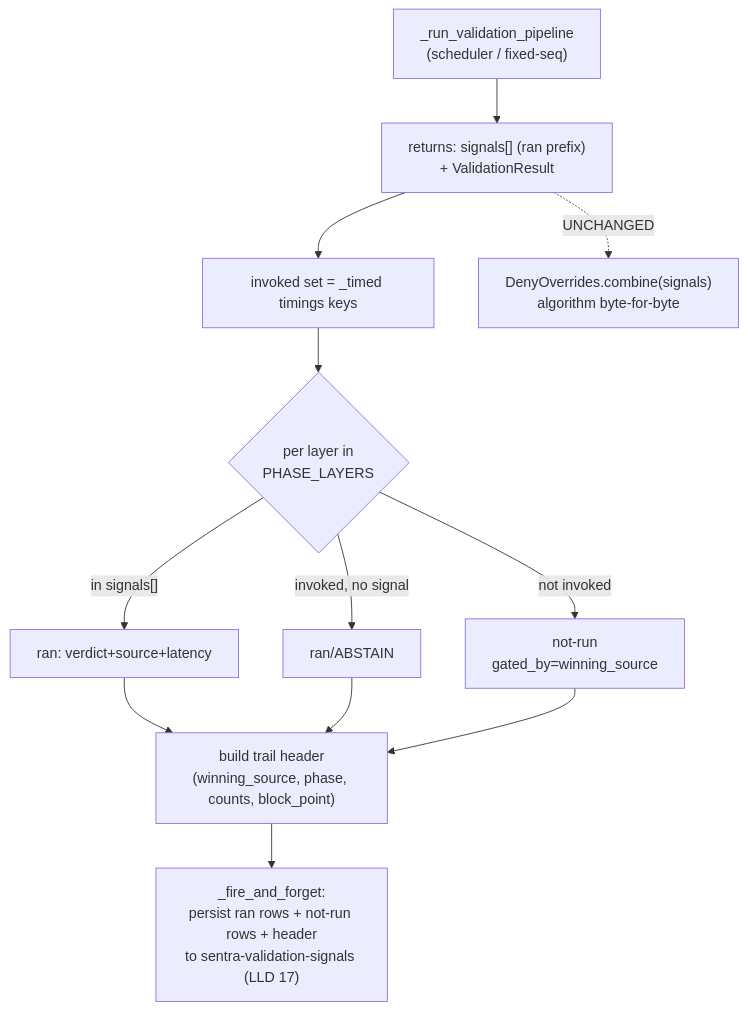
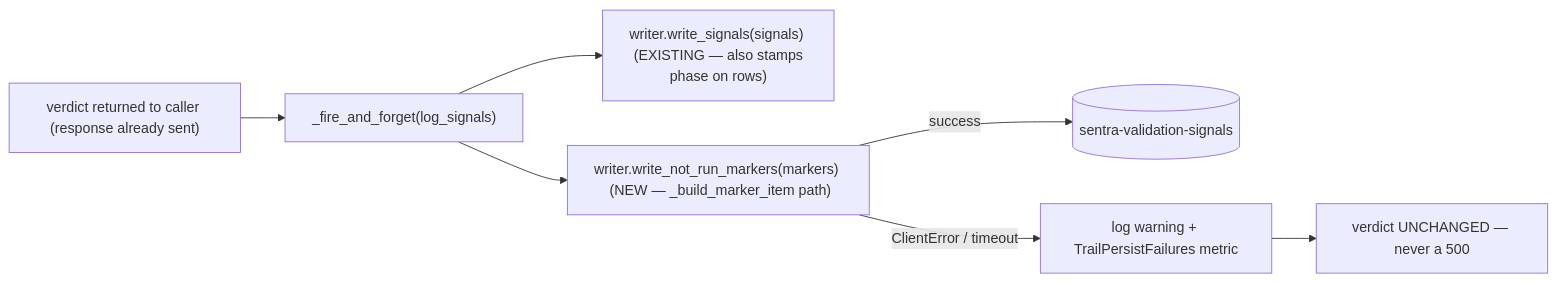
Before and after one commit to shashank31mar/Sentra: the diagram in tasks/serverless-edition/ws-d-decision-trail.md, drawn with Mermaid. The commit also changed other lines of this file and 3 other files, not shown here.

````diff
--- a/tasks/serverless-edition/ws-d-decision-trail.md
+++ b/tasks/serverless-edition/ws-d-decision-trail.md
@@ -127,14 +339,9 @@
 ```mermaid
-flowchart TD
-  PIPE["_run_validation_pipeline<br/>(scheduler / fixed-seq)"] --> RET["returns: signals[] (ran prefix)<br/>+ ValidationResult"]
-  RET --> INV["invoked set = _timed timings keys"]
-  INV --> CLASS{"per layer in<br/>PHASE_LAYERS"}
-  CLASS -->|"in signals[]"| RAN["ran: verdict+source+latency"]
-  CLASS -->|"invoked, no signal"| ABS["ran/ABSTAIN"]
-  CLASS -->|"not invoked"| NR["not-run<br/>gated_by=winning_source"]
-  RAN --> HDR
-  ABS --> HDR
-  NR --> HDR["build trail header<br/>(winning_source, phase, counts, block_point)"]
-  HDR --> WRITE["_fire_and_forget:<br/>persist ran rows + not-run rows + header<br/>to sentra-validation-signals (LLD 17)"]
-  RET -. UNCHANGED .-> COMB["DenyOverrides.combine(signals)<br/>algorithm byte-for-byte"]
+flowchart LR
+  VER["verdict returned to caller (response already sent)"] --> FF["_fire_and_forget(log_signals)"]
+  FF --> RAN["writer.write_signals(signals)  (EXISTING — also stamps phase on rows)"]
+  FF --> NR["writer.write_not_run_markers(markers)  (NEW — _build_marker_item path)"]
+  NR -->|"success"| DDB[("sentra-validation-signals")]
+  NR -->|"ClientError / timeout"| SWALLOW["log warning + TrailPersistFailures metric"]
+  SWALLOW --> CLEAN["verdict UNCHANGED — never a 500"]
 ```
````
